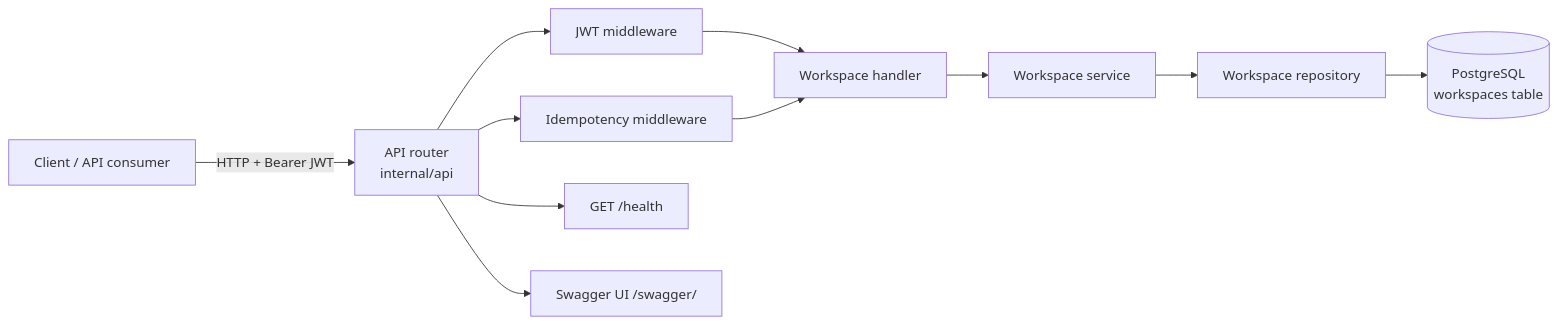
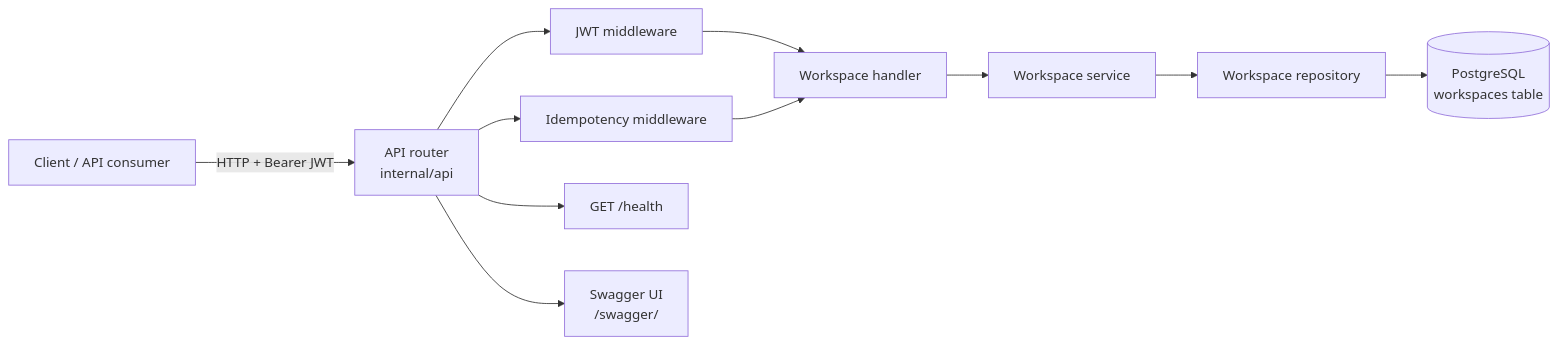
Before and after one commit to thakur-vijay/AdOrbitWorkspace: the diagram in README.md, drawn with Mermaid. The commit also changed other lines of this file, not shown here.

Commit message:
docs: update README for clarity and consistency in workspace API documentation

````diff
--- a/README.md
+++ b/README.md
@@ -53,13 +67,13 @@
 ```mermaid
 flowchart LR
     Client[Client / API consumer] -->|HTTP + Bearer JWT| API[API router\ninternal/api]
-    API --> JWT[JWT middleware]
-    API --> ID[Idempotency middleware]
-    JWT --> Handler[Workspace handler]
-    ID --> Handler
+    API --> Auth[JWT middleware]
+    API --> Idem[Idempotency middleware]
+    Auth --> Handler[Workspace handler]
+    Idem --> Handler
     Handler --> Service[Workspace service]
     Service --> Repo[Workspace repository]
-    Repo --> PG[(PostgreSQL\nworkspaces table)]
+    Repo --> DB[(PostgreSQL\nworkspaces table)]
     API --> Health[GET /health]
-    API --> Swagger[Swagger UI /swagger/]
+    API --> Swagger[Swagger UI\n/swagger/]
 ```
````
